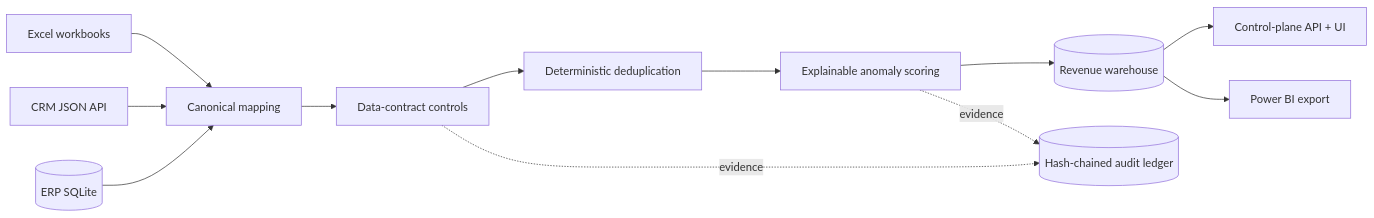
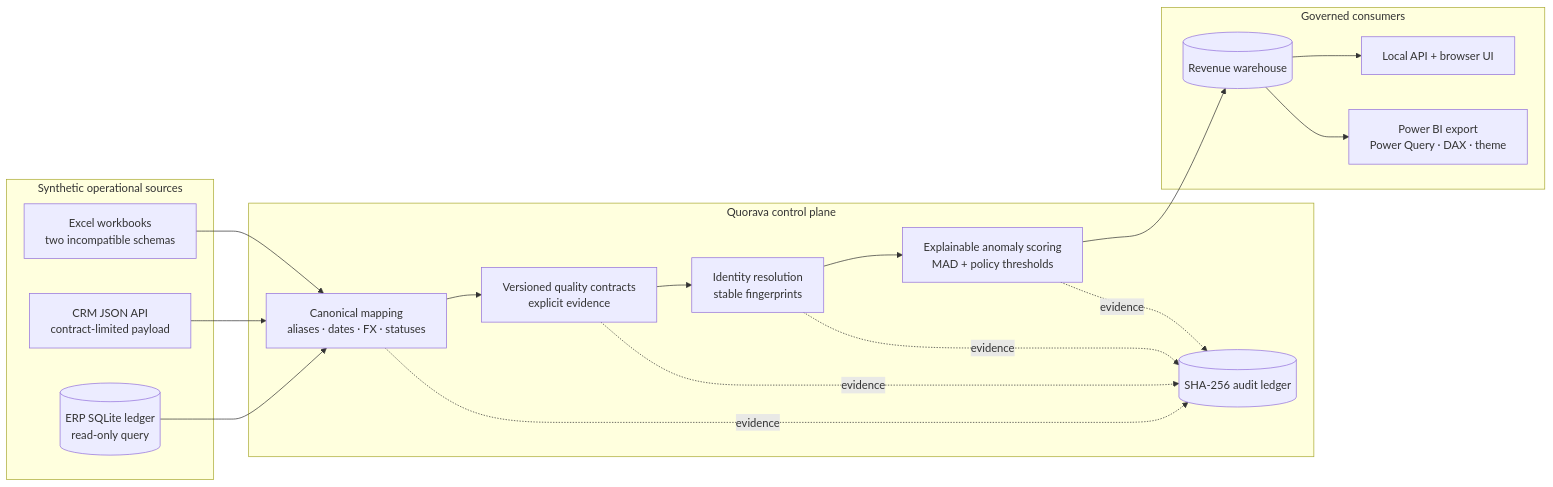
The diagram in README.md (cosminchirita/quorava-revenue-control-plane), drawn with Mermaid before and after one commit. The commit also changed other lines of this file, not shown here.

````diff
--- a/README.md
+++ b/README.md
@@ -39,14 +153,33 @@
 ```mermaid
 flowchart LR
-    XL[Excel workbooks] --> MAP[Canonical mapping]
-    API[CRM JSON API] --> MAP
-    SQL[(ERP SQLite)] --> MAP
-    MAP --> DQ[Data-contract controls]
-    DQ --> ID[Deterministic deduplication]
-    ID --> ML[Explainable anomaly scoring]
-    ML --> WH[(Revenue warehouse)]
-    WH --> WEB[Control-plane API + UI]
-    WH --> BI[Power BI export]
-    DQ -. evidence .-> AUDIT[(Hash-chained audit ledger)]
+    subgraph Sources["Synthetic operational sources"]
+        XL["Excel workbooks<br/>two incompatible schemas"]
+        API["CRM JSON API<br/>contract-limited payload"]
+        SQL[("ERP SQLite ledger<br/>read-only query")]
+    end
+
+    subgraph ControlPlane["Quorava control plane"]
+        MAP["Canonical mapping<br/>aliases · dates · FX · statuses"]
+        DQ["Versioned quality contracts<br/>explicit evidence"]
+        ID["Identity resolution<br/>stable fingerprints"]
+        ML["Explainable anomaly scoring<br/>MAD + policy thresholds"]
+        AUDIT[("SHA-256 audit ledger")]
+    end
+
+    subgraph Consumers["Governed consumers"]
+        WH[("Revenue warehouse")]
+        WEB["Local API + browser UI"]
+        BI["Power BI export<br/>Power Query · DAX · theme"]
+    end
+
+    XL --> MAP
+    API --> MAP
+    SQL --> MAP
+    MAP --> DQ --> ID --> ML --> WH
+    WH --> WEB
+    WH --> BI
+    MAP -. evidence .-> AUDIT
+    DQ -. evidence .-> AUDIT
+    ID -. evidence .-> AUDIT
     ML -. evidence .-> AUDIT
 ```
````
